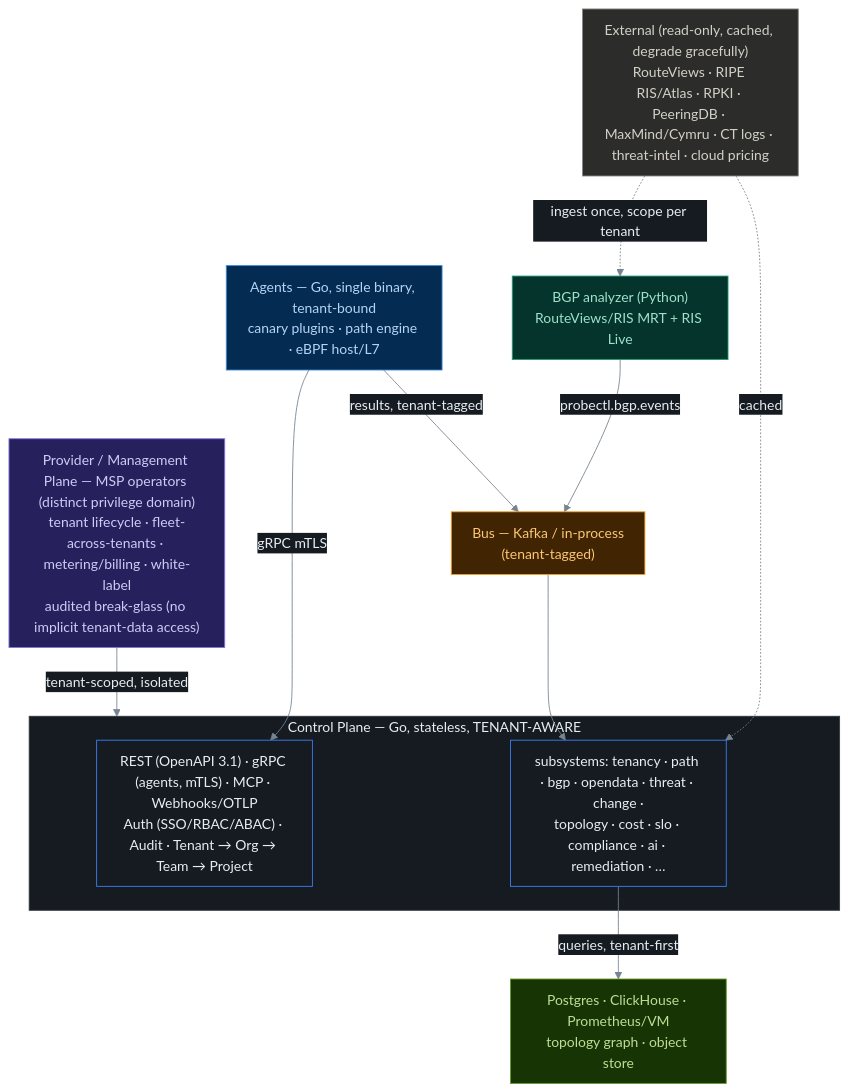
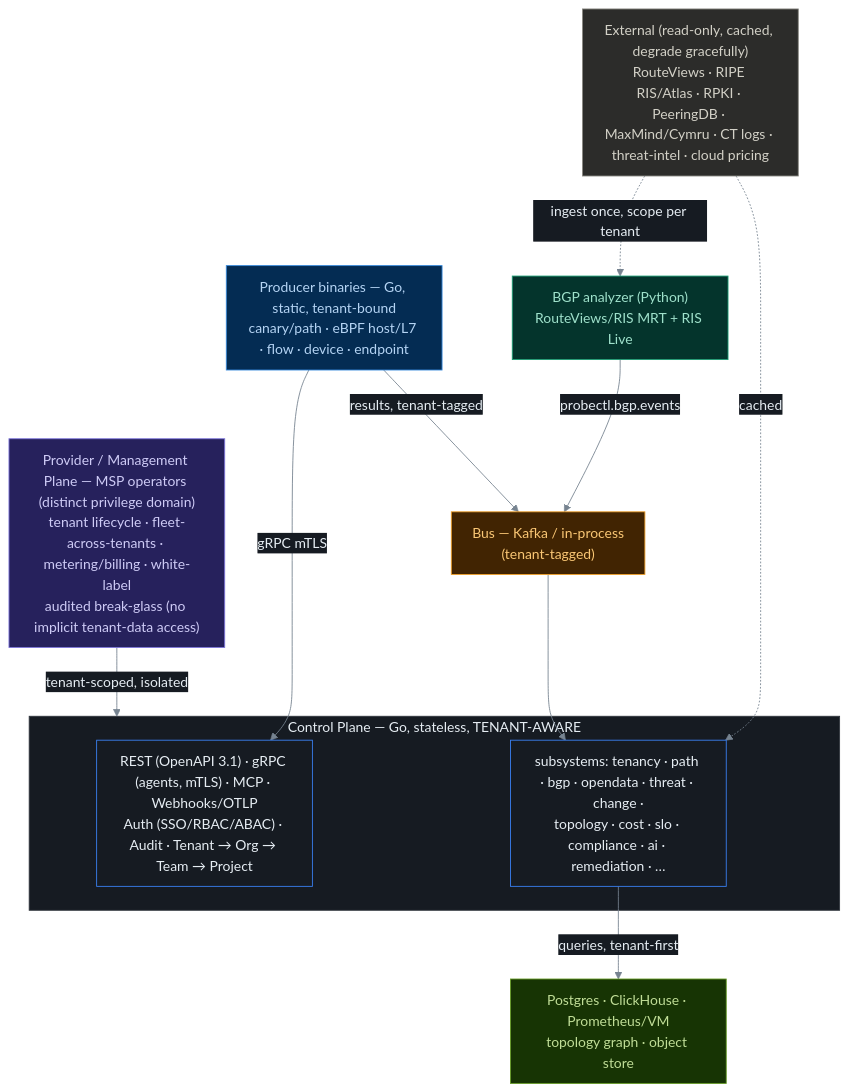
The diagram in README.md (ctlplne/probectl), drawn with Mermaid before and after one commit. The commit also changed other lines of this file, not shown here.

First line of the commit message:
docs(readme): describe producer binary family

````diff
--- a/README.md
+++ b/README.md
@@ -177,38 +178,38 @@
 ```mermaid
 %%{init: {'theme':'base','themeVariables':{'background':'transparent','primaryColor':'#161b22','primaryTextColor':'#e6edf3','primaryBorderColor':'#3b82f6','lineColor':'#768390','secondaryColor':'#21262d','tertiaryColor':'#0d1117','clusterBkg':'#161b22','clusterBorder':'#30363d','titleColor':'#e6edf3','edgeLabelBackground':'#161b22','fontFamily':'ui-monospace, SFMono-Regular, Menlo, monospace'},'flowchart':{'curve':'basis','nodeSpacing':55,'rankSpacing':55,'padding':12}}}%%
 flowchart TB
     Provider["Provider / Management Plane — MSP operators (distinct privilege domain)<br/>tenant lifecycle · fleet-across-tenants · metering/billing · white-label<br/>audited break-glass (no implicit tenant-data access)"]
 
     subgraph CP["Control Plane — Go, stateless, TENANT-AWARE"]
         Edge["REST (OpenAPI 3.1) · gRPC (agents, mTLS) · MCP · Webhooks/OTLP<br/>Auth (SSO/RBAC/ABAC) · Audit · Tenant → Org → Team → Project"]
         Subsys["subsystems: tenancy · path · bgp · opendata · threat · change ·<br/>topology · cost · slo · compliance · ai · remediation · …"]
     end
 
-    Agents["Agents — Go, single binary, tenant-bound<br/>canary plugins · path engine · eBPF host/L7"]
+    Agents["Producer binaries — Go, static, tenant-bound<br/>canary/path · eBPF host/L7 · flow · device · endpoint"]
     Analyzer["BGP analyzer (Python)<br/>RouteViews/RIS MRT + RIS Live"]
     Bus["Bus — Kafka / in-process<br/>(tenant-tagged)"]
     Stores["Postgres · ClickHouse · Prometheus/VM<br/>topology graph · object store"]
     External["External (read-only, cached, degrade gracefully)<br/>RouteViews · RIPE RIS/Atlas · RPKI · PeeringDB · MaxMind/Cymru · CT logs · threat-intel · cloud pricing"]
 
     Provider -->|tenant-scoped, isolated| CP
     Agents -->|gRPC mTLS| Edge
     Analyzer -->|probectl.bgp.events| Bus
     Agents -->|results, tenant-tagged| Bus
     Bus --> Subsys
     Subsys -->|queries, tenant-first| Stores
     External -.->|ingest once, scope per tenant| Analyzer
     External -.->|cached| Subsys
 
     classDef prov fill:#26215C,stroke:#7F77DD,color:#CECBF6
     classDef agent fill:#042C53,stroke:#378ADD,color:#B5D4F4
     classDef analyzer fill:#04342C,stroke:#1D9E75,color:#9FE1CB
     classDef bus fill:#412402,stroke:#EF9F27,color:#FAC775
     classDef store fill:#173404,stroke:#639922,color:#C0DD97
     classDef ext fill:#2C2C2A,stroke:#888780,color:#D3D1C7
     class Provider prov
     class Agents agent
     class Analyzer analyzer
     class Bus bus
     class Stores store
     class External ext
 ```
````
